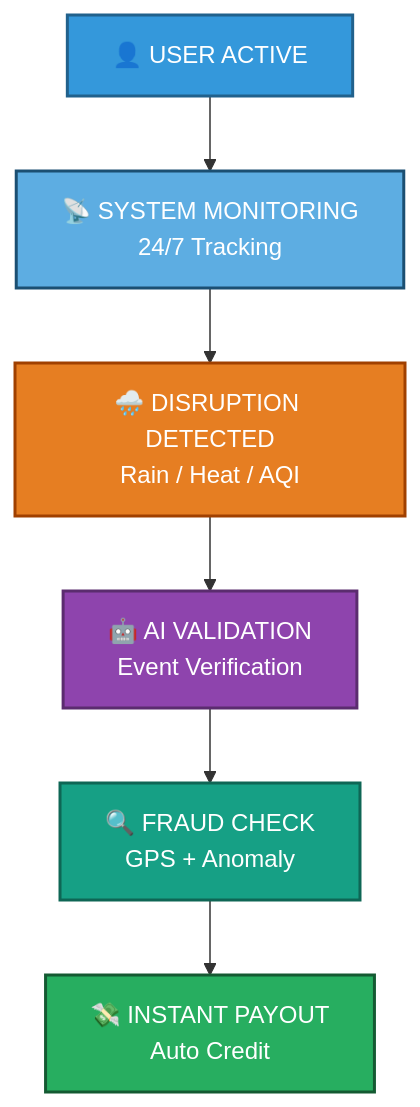
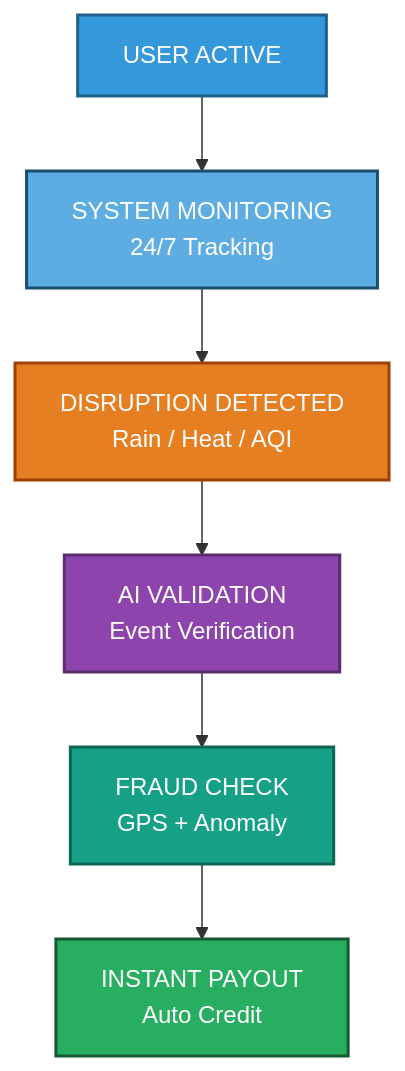
One commit to nilanshucodes/GigGuards changed the second of 4 diagrams in README.md. Above: the diagram before and after it, drawn with Mermaid. The commit also changed other lines of this file, not shown here.

````diff
--- a/README.md
+++ b/README.md
@@ -77,19 +79,19 @@
 ```mermaid
 flowchart TD
 
-A["👤 USER ACTIVE"]:::user
-B["📡 SYSTEM MONITORING<br/>24/7 Tracking"]:::monitor
-C["🌧️ DISRUPTION DETECTED<br/>Rain / Heat / AQI"]:::trigger
-D["🤖 AI VALIDATION<br/>Event Verification"]:::ai
-E["🔍 FRAUD CHECK<br/>GPS + Anomaly"]:::fraud
-F["💸 INSTANT PAYOUT<br/>Auto Credit"]:::payout
+A[" USER ACTIVE"]:::user
+B[" SYSTEM MONITORING<br/>24/7 Tracking"]:::monitor
+C[" DISRUPTION DETECTED<br/>Rain / Heat / AQI"]:::trigger
+D[" AI VALIDATION<br/>Event Verification"]:::ai
+E[" FRAUD CHECK<br/>GPS + Anomaly"]:::fraud
+F[" INSTANT PAYOUT<br/>Auto Credit"]:::payout
 
 A --> B --> C --> D --> E --> F
 
 classDef user fill:#3498db,color:#fff,stroke:#21618c,stroke-width:2px;
 classDef monitor fill:#5dade2,color:#fff,stroke:#1b4f72,stroke-width:2px;
 classDef trigger fill:#e67e22,color:#fff,stroke:#a04000,stroke-width:2px;
 classDef ai fill:#8e44ad,color:#fff,stroke:#5b2c6f,stroke-width:2px;
 classDef fraud fill:#16a085,color:#fff,stroke:#0e6655,stroke-width:2px;
 classDef payout fill:#27ae60,color:#fff,stroke:#145a32,stroke-width:2px;
 ```
````
